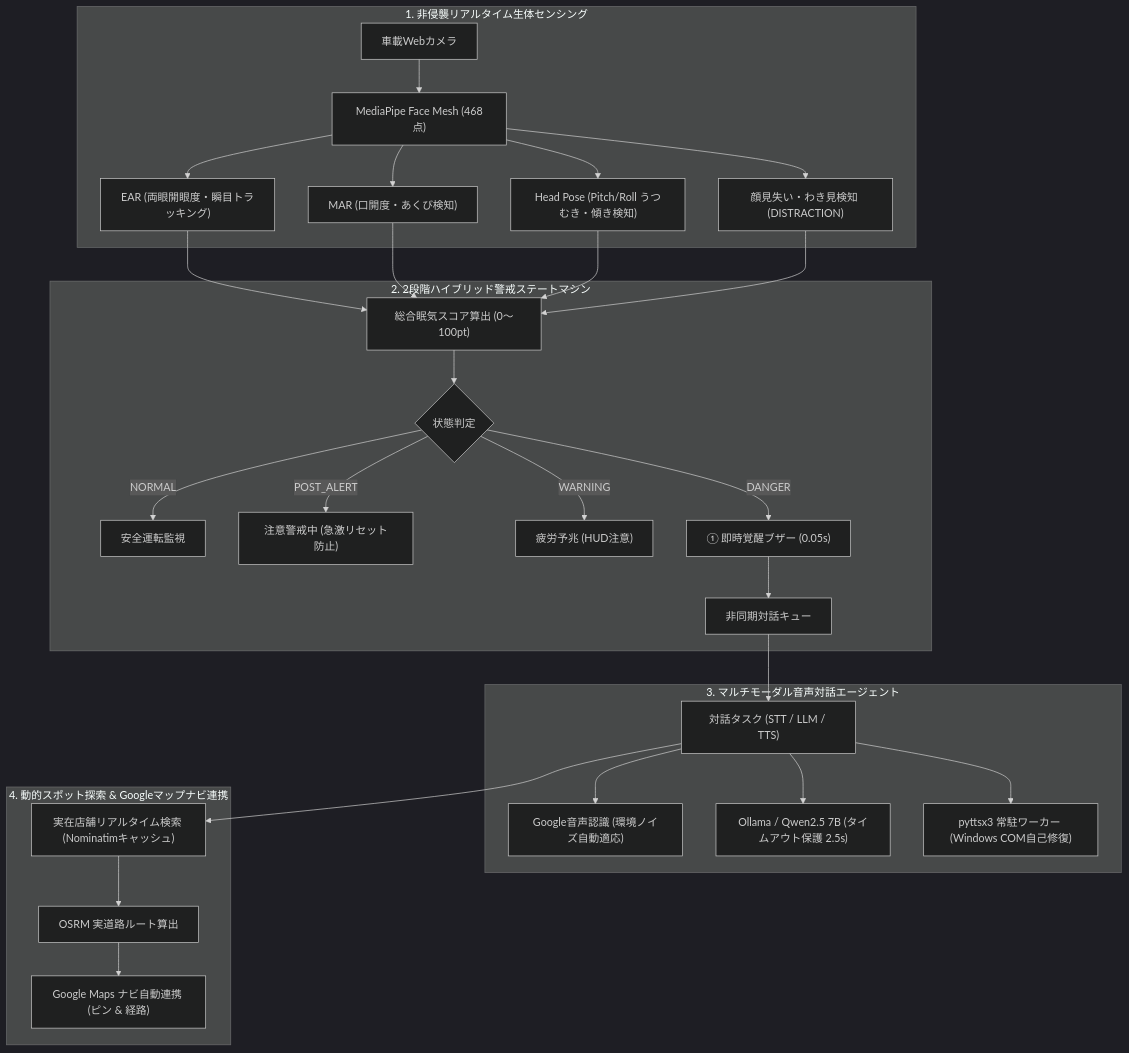
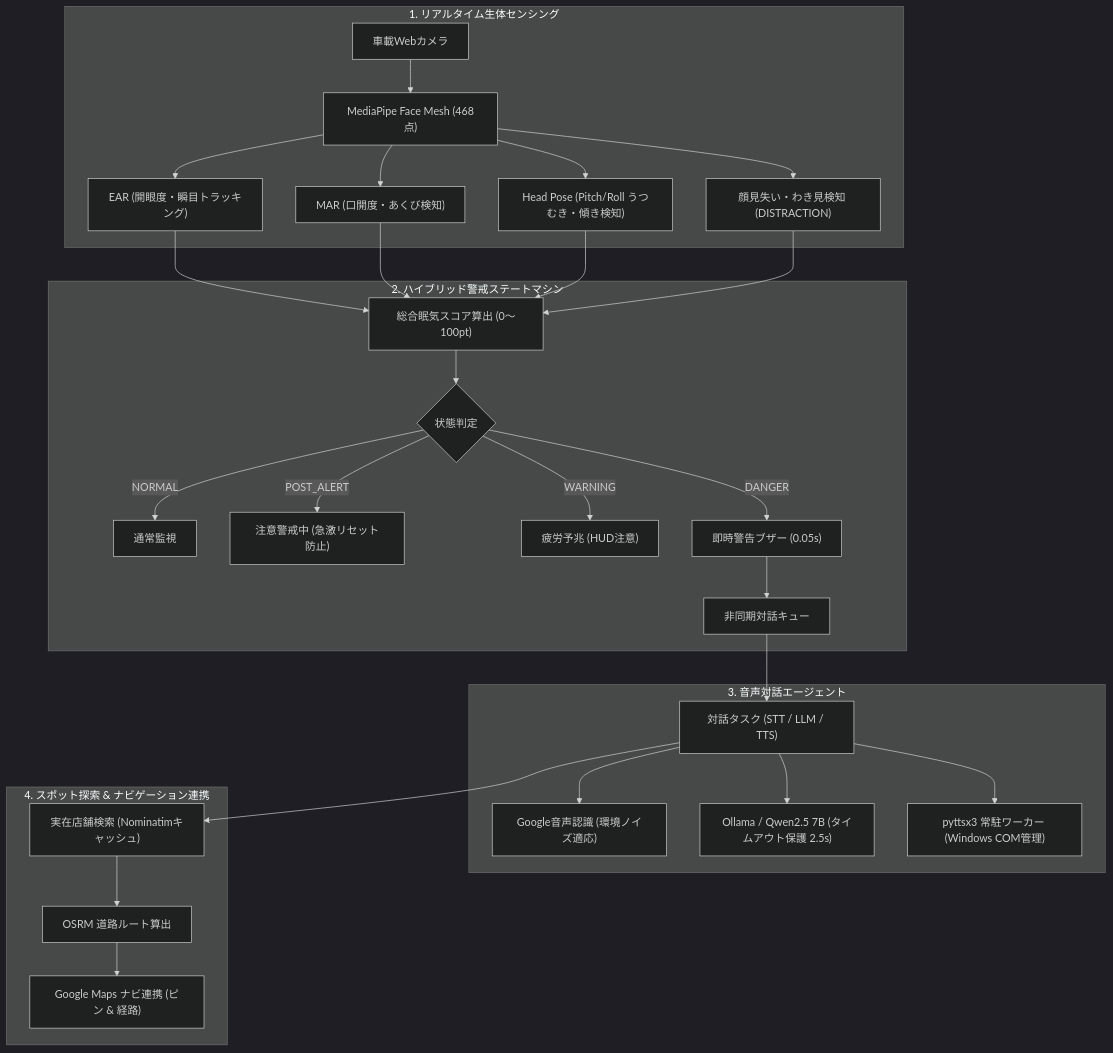
The diagram in README.md (haru7175/drowsiness-detection-system), drawn with Mermaid (dark theme) before and after one commit. The commit also changed other lines of this file, not shown here.

````diff
--- a/README.md
+++ b/README.md
@@ -20,33 +19,33 @@
 ```mermaid
 flowchart TD
-    subgraph Sensing ["1. 非侵襲リアルタイム生体センシング"]
+    subgraph Sensing ["1. リアルタイム生体センシング"]
         CAM["車載Webカメラ"] --> MP["MediaPipe Face Mesh (468点)"]
-        MP --> EAR["EAR (両眼開眼度・瞬目トラッキング)"]
+        MP --> EAR["EAR (開眼度・瞬目トラッキング)"]
         MP --> MAR["MAR (口開度・あくび検知)"]
         MP --> HP["Head Pose (Pitch/Roll うつむき・傾き検知)"]
         MP --> LOST["顔見失い・わき見検知 (DISTRACTION)"]
     end
 
-    subgraph FSM ["2. 2段階ハイブリッド警戒ステートマシン"]
+    subgraph FSM ["2. ハイブリッド警戒ステートマシン"]
         EAR & MAR & HP & LOST --> Score["総合眠気スコア算出 (0〜100pt)"]
         Score --> Level{"状態判定"}
-        Level -->|NORMAL| Safe["安全運転監視"]
+        Level -->|NORMAL| Safe["通常監視"]
         Level -->|POST_ALERT| Alert["注意警戒中 (急激リセット防止)"]
         Level -->|WARNING| Caution["疲労予兆 (HUD注意)"]
-        Level -->|DANGER| Emergency["① 即時覚醒ブザー (0.05s)"]
+        Level -->|DANGER| Emergency["即時警告ブザー (0.05s)"]
         Emergency --> DialogQueue["非同期対話キュー"]
     end
 
-    subgraph Dialog ["3. マルチモーダル音声対話エージェント"]
+    subgraph Dialog ["3. 音声対話エージェント"]
         DialogQueue --> Agent["対話タスク (STT / LLM / TTS)"]
-        Agent --> STT["Google音声認識 (環境ノイズ自動適応)"]
+        Agent --> STT["Google音声認識 (環境ノイズ適応)"]
         Agent --> LLM["Ollama / Qwen2.5 7B (タイムアウト保護 2.5s)"]
-        Agent --> TTS["pyttsx3 常駐ワーカー (Windows COM自己修復)"]
+        Agent --> TTS["pyttsx3 常駐ワーカー (Windows COM管理)"]
     end
 
-    subgraph Navigation ["4. 動的スポット探索 & Googleマップナビ連携"]
-        Agent --> POI["実在店舗リアルタイム検索 (Nominatimキャッシュ)"]
-        POI --> Route["OSRM 実道路ルート算出"]
-        Route --> GMaps["Google Maps ナビ自動連携 (ピン & 経路)"]
+    subgraph Navigation ["4. スポット探索 & ナビゲーション連携"]
+        Agent --> POI["実在店舗検索 (Nominatimキャッシュ)"]
+        POI --> Route["OSRM 道路ルート算出"]
+        Route --> GMaps["Google Maps ナビ連携 (ピン & 経路)"]
     end
 ```
````
